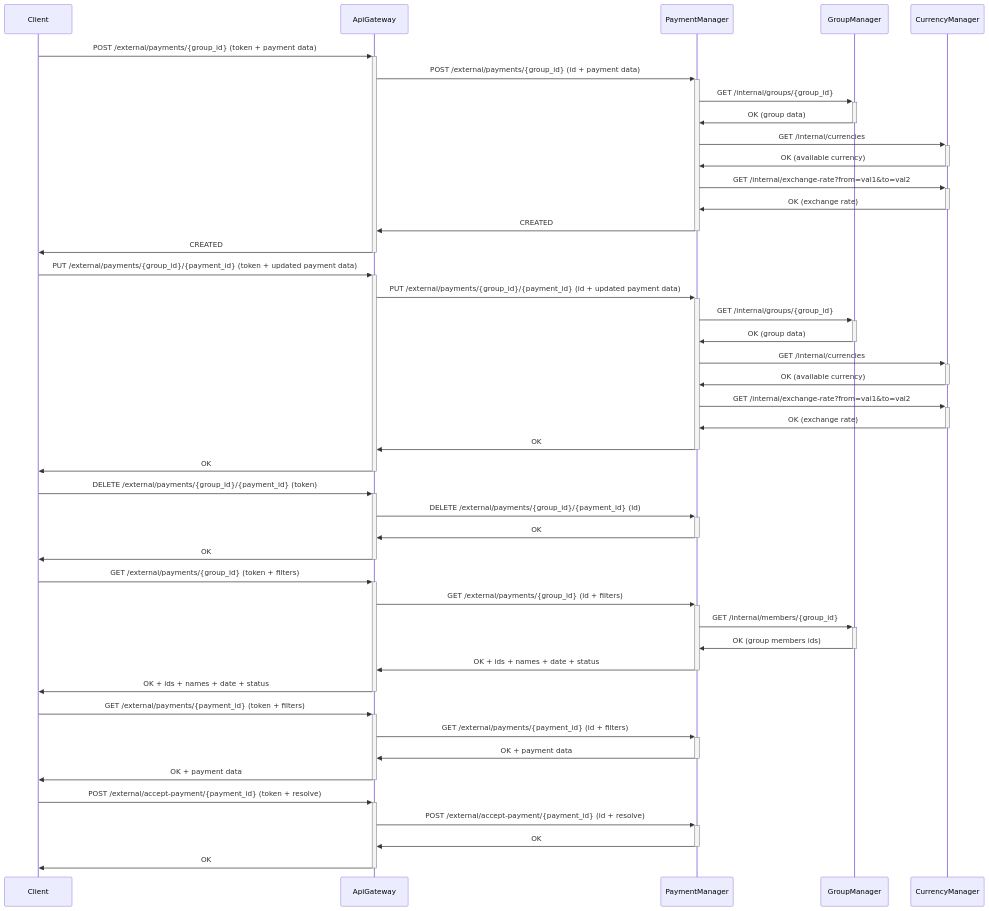
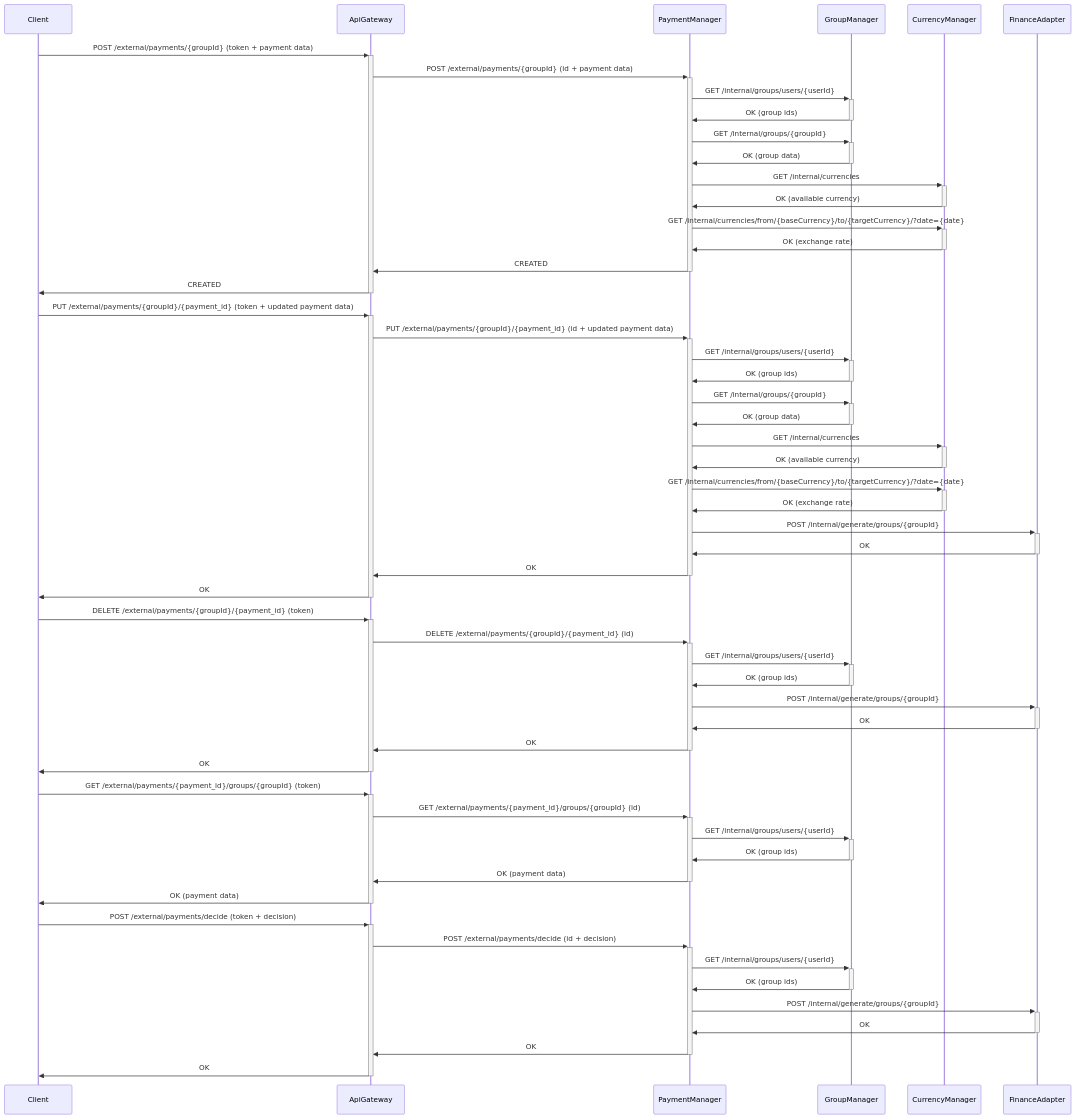
The seventh of 11 diagrams in docs/diagrams.md (Group-Expense-Manager/gem-docs), drawn with Mermaid before and after one commit. The commit also changed other lines of this file and 1 other file, not shown here.

Commit message:
updated flow diagrams & database classes

````diff
--- a/docs/diagrams.md
+++ b/docs/diagrams.md
@@ -265,48 +300,57 @@
-``` mermaid
+```mermaid
 sequenceDiagram
 
-Client->>+ApiGateway: POST /external/payments/{group_id} (token + payment data)
-ApiGateway->>+PaymentManager: POST /external/payments/{group_id} (id + payment data)
-PaymentManager->>+GroupManager: GET /internal/groups/{group_id}
-GroupManager->>-PaymentManager: OK (group data)
-PaymentManager->>+CurrencyManager: GET /internal/currencies
-CurrencyManager->>-PaymentManager: OK (available currency)
-PaymentManager->>+CurrencyManager: GET /internal/exchange-rate?from=val1&to=val2
-CurrencyManager->>-PaymentManager: OK (exchange rate)
-PaymentManager->>-ApiGateway: CREATED
-ApiGateway->>-Client: CREATED
-
-Client->>+ApiGateway: PUT /external/payments/{group_id}/{payment_id} (token + updated payment data)
-ApiGateway->>+PaymentManager: PUT /external/payments/{group_id}/{payment_id} (id + updated payment data)
-PaymentManager->>+GroupManager: GET /internal/groups/{group_id}
-GroupManager->>-PaymentManager: OK (group data)
-PaymentManager->>+CurrencyManager: GET /internal/currencies
-CurrencyManager->>-PaymentManager: OK (available currency)
-PaymentManager->>+CurrencyManager: GET /internal/exchange-rate?from=val1&to=val2
-CurrencyManager->>-PaymentManager: OK (exchange rate)
-PaymentManager->>-ApiGateway: OK
-ApiGateway->>-Client: OK
-
-Client->>+ApiGateway: DELETE /external/payments/{group_id}/{payment_id} (token)
-ApiGateway->>+PaymentManager: DELETE /external/payments/{group_id}/{payment_id} (id)
-PaymentManager->>-ApiGateway: OK
-ApiGateway->>-Client: OK
-
-Client->>+ApiGateway: GET /external/payments/{group_id} (token + filters)
-ApiGateway->>+PaymentManager: GET /external/payments/{group_id} (id + filters)
-PaymentManager->>+GroupManager: GET /internal/members/{group_id}
-GroupManager->>-PaymentManager: OK (group members ids)
-PaymentManager->>-ApiGateway: OK + ids + names + date + status
-ApiGateway->>-Client: OK + ids + names + date + status
+    Client->>+ApiGateway: POST /external/payments/{groupId} (token + payment data)
+    ApiGateway->>+PaymentManager: POST /external/payments/{groupId} (id + payment data)
+    PaymentManager->>+ GroupManager: GET /internal/groups/users/{userId}
+    GroupManager->>- PaymentManager: OK (group ids)
+    PaymentManager->>+GroupManager: GET /internal/groups/{groupId}
+    GroupManager->>-PaymentManager: OK (group data)
+    PaymentManager->>+CurrencyManager: GET /internal/currencies
+    CurrencyManager->>-PaymentManager: OK (available currency)
+    PaymentManager->>+CurrencyManager: GET /internal/currencies/from/{baseCurrency}/to/{targetCurrency}/?date={date}
+    CurrencyManager->>-PaymentManager: OK (exchange rate)
+    PaymentManager->>-ApiGateway: CREATED
+    ApiGateway->>-Client: CREATED
 
 
-Client->>+ApiGateway: GET /external/payments/{payment_id} (token + filters)
-ApiGateway->>+PaymentManager: GET /external/payments/{payment_id} (id + filters)
-PaymentManager->>-ApiGateway: OK + payment data
-ApiGateway->>-Client: OK + payment data
+    Client->>+ApiGateway: PUT /external/payments/{groupId}/{payment_id} (token + updated payment data)
+    ApiGateway->>+PaymentManager: PUT /external/payments/{groupId}/{payment_id} (id + updated payment data)
+    PaymentManager->>+ GroupManager: GET /internal/groups/users/{userId}
+    GroupManager->>- PaymentManager: OK (group ids)
+    PaymentManager->>+GroupManager: GET /internal/groups/{groupId}
+    GroupManager->>-PaymentManager: OK (group data)
+    PaymentManager->>+CurrencyManager: GET /internal/currencies
+    CurrencyManager->>-PaymentManager: OK (available currency)
+    PaymentManager->>+CurrencyManager: GET /internal/currencies/from/{baseCurrency}/to/{targetCurrency}/?date={date}
+    CurrencyManager->>-PaymentManager: OK (exchange rate)
+    PaymentManager->>+FinanceAdapter: POST /internal/generate/groups/{groupId}
+    FinanceAdapter->>-PaymentManager: OK
+    PaymentManager->>-ApiGateway: OK
+    ApiGateway->>-Client: OK
 
-Client->>+ApiGateway: POST /external/accept-payment/{payment_id} (token + resolve)
-ApiGateway->>+PaymentManager: POST /external/accept-payment/{payment_id} (id + resolve)
-PaymentManager->>-ApiGateway: OK
-ApiGateway->>-Client: OK
+    Client->>+ApiGateway: DELETE /external/payments/{groupId}/{payment_id} (token)
+    ApiGateway->>+PaymentManager: DELETE /external/payments/{groupId}/{payment_id} (id)
+    PaymentManager->>+ GroupManager: GET /internal/groups/users/{userId}
+    GroupManager->>- PaymentManager: OK (group ids)
+    PaymentManager->>+FinanceAdapter: POST /internal/generate/groups/{groupId}
+    FinanceAdapter->>-PaymentManager: OK
+    PaymentManager->>-ApiGateway: OK
+    ApiGateway->>-Client: OK
+
+    Client->>+ApiGateway: GET /external/payments/{payment_id}/groups/{groupId} (token)
+    ApiGateway->>+PaymentManager: GET /external/payments/{payment_id}/groups/{groupId} (id)
+    PaymentManager->>+ GroupManager: GET /internal/groups/users/{userId}
+    GroupManager->>- PaymentManager: OK (group ids)
+    PaymentManager->>-ApiGateway: OK (payment data)
+    ApiGateway->>-Client: OK (payment data)
+
+    Client->>+ApiGateway: POST /external/payments/decide (token + decision)
+    ApiGateway->>+PaymentManager: POST /external/payments/decide (id + decision)
+    PaymentManager->>+ GroupManager: GET /internal/groups/users/{userId}
+    GroupManager->>- PaymentManager: OK (group ids)
+    PaymentManager->>+FinanceAdapter: POST /internal/generate/groups/{groupId}
+    FinanceAdapter->>-PaymentManager: OK
+    PaymentManager->>-ApiGateway: OK
+    ApiGateway->>-Client: OK
 ```
````
